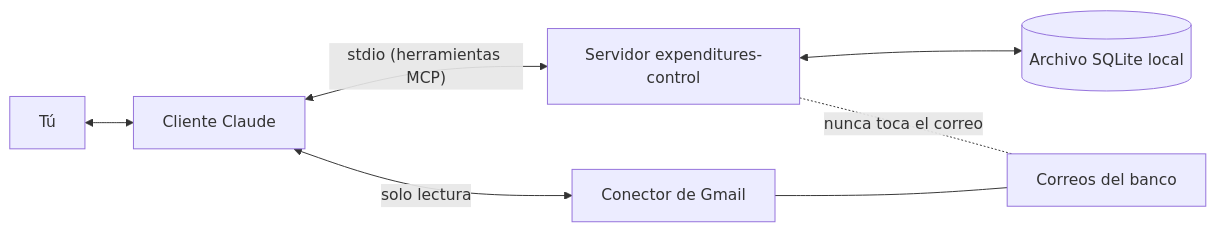
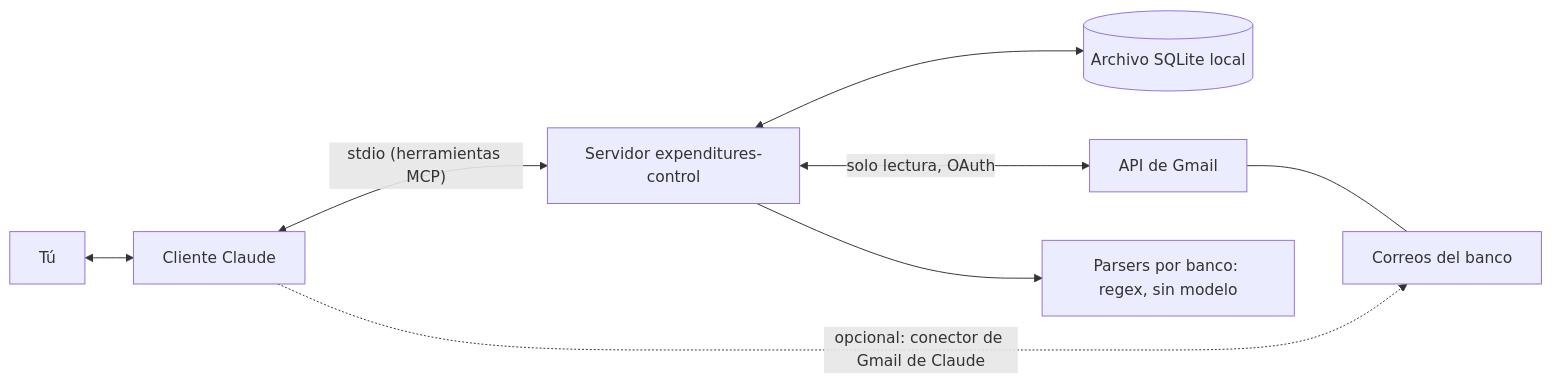
Before and after one commit to estebanjc78/expenditure: the diagram in README.es.md, drawn with Mermaid. The commit also changed other lines of this file and 22 other files, not shown here.

````diff
--- a/README.es.md
+++ b/README.es.md
@@ -40,9 +40,10 @@
 ```mermaid
 flowchart LR
     U[Tú] <--> C[Cliente Claude]
     C <-->|"stdio (herramientas MCP)"| S[Servidor expenditures-control]
     S <--> DB[(Archivo SQLite local)]
-    C <-->|"solo lectura"| G[Conector de Gmail]
-    G --- M[Correos del banco]
-    S -. "nunca toca el correo" .- M
+    S <-->|"solo lectura, OAuth"| GA[API de Gmail]
+    GA --- M[Correos del banco]
+    S --> P[Parsers por banco: regex, sin modelo]
+    C -. "opcional: conector de Gmail de Claude" .-> M
 ```
````
